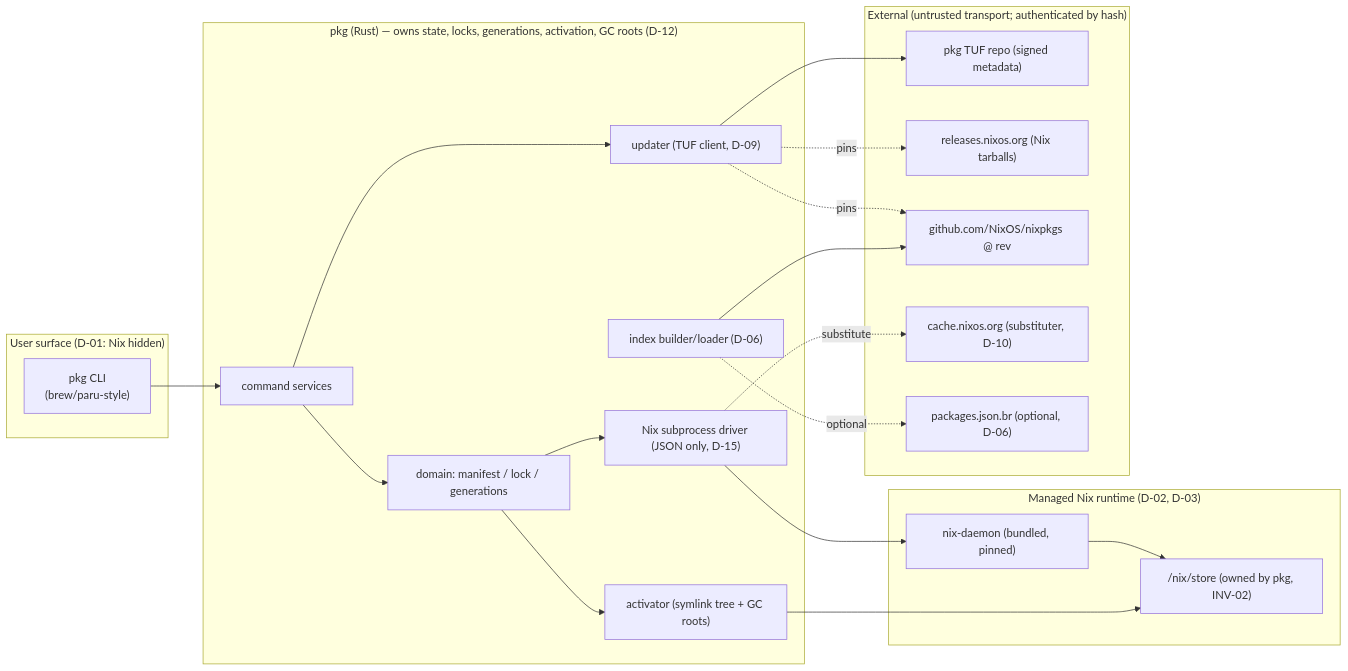
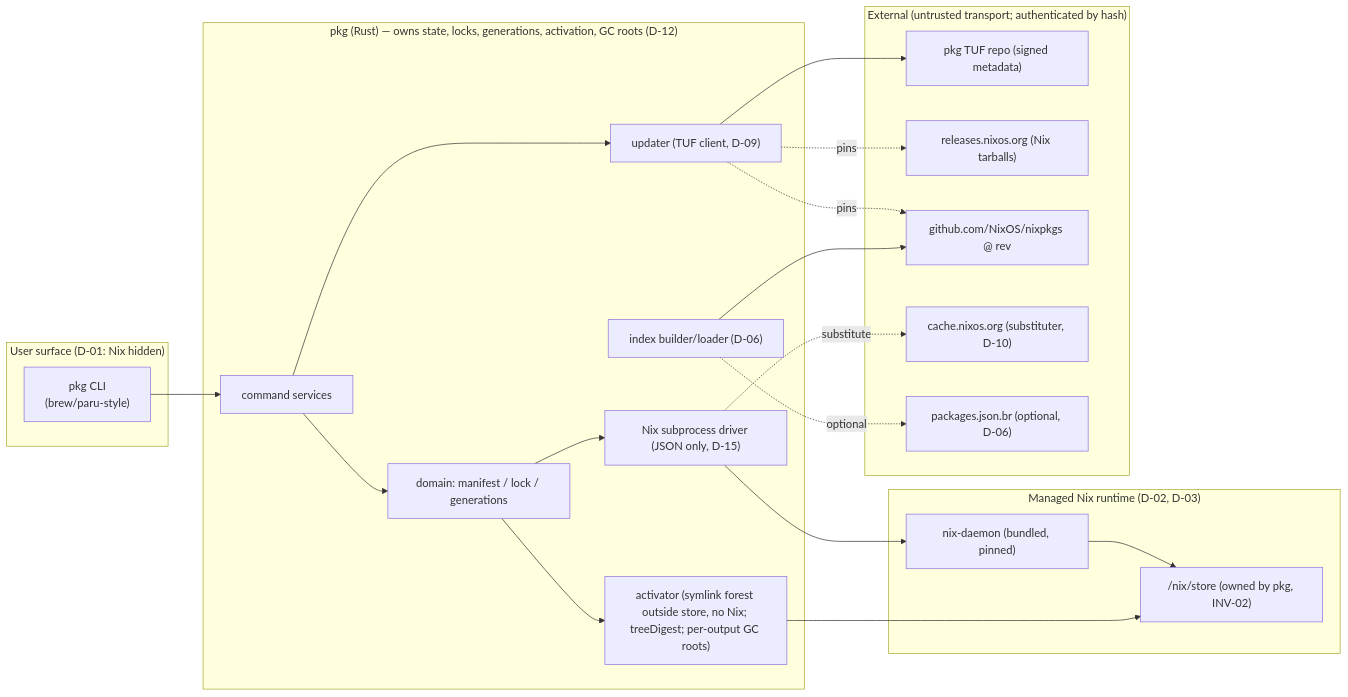
The first of 2 diagrams in plans/00-overview-and-decisions.md (spa5k/pkg), drawn with Mermaid before and after one commit. The commit also changed other lines of this file and 17 other files, not shown here.

Commit message:
docs: finalize managed Nix v1 architecture

````diff
--- a/plans/00-overview-and-decisions.md
+++ b/plans/00-overview-and-decisions.md
@@ -135,38 +143,38 @@
 ```mermaid
 flowchart LR
   subgraph User["User surface (D-01: Nix hidden)"]
     CLI["pkg CLI<br/>(brew/paru-style)"]
   end
 
   subgraph Product["pkg (Rust) — owns state, locks, generations, activation, GC roots (D-12)"]
     Cmds["command services"]
     Domain["domain: manifest / lock / generations"]
     NixDrv["Nix subprocess driver (JSON only, D-15)"]
     Updater["updater (TUF client, D-09)"]
     Indexer["index builder/loader (D-06)"]
-    Activator["activator (symlink tree + GC roots)"]
+    Activator["activator (symlink forest outside store, no Nix; treeDigest; per-output GC roots)"]
   end
 
   subgraph Managed["Managed Nix runtime (D-02, D-03)"]
     Daemon["nix-daemon (bundled, pinned)"]
     Store["/nix/store (owned by pkg, INV-02)"]
   end
 
   subgraph External["External (untrusted transport; authenticated by hash)"]
     TUFRepo["pkg TUF repo (signed metadata)"]
     Releases["releases.nixos.org (Nix tarballs)"]
     GH["github.com/NixOS/nixpkgs @ rev"]
     Cache["cache.nixos.org (substituter, D-10)"]
     PkgJson["packages.json.br (optional, D-06)"]
   end
 
   CLI --> Cmds --> Domain
   Domain --> NixDrv --> Daemon --> Store
   Cmds --> Updater --> TUFRepo
   Updater -. pins .-> Releases
   Updater -. pins .-> GH
   Indexer --> GH
   Indexer -. optional .-> PkgJson
   NixDrv -. substitute .-> Cache
   Domain --> Activator --> Store
 ```
````
